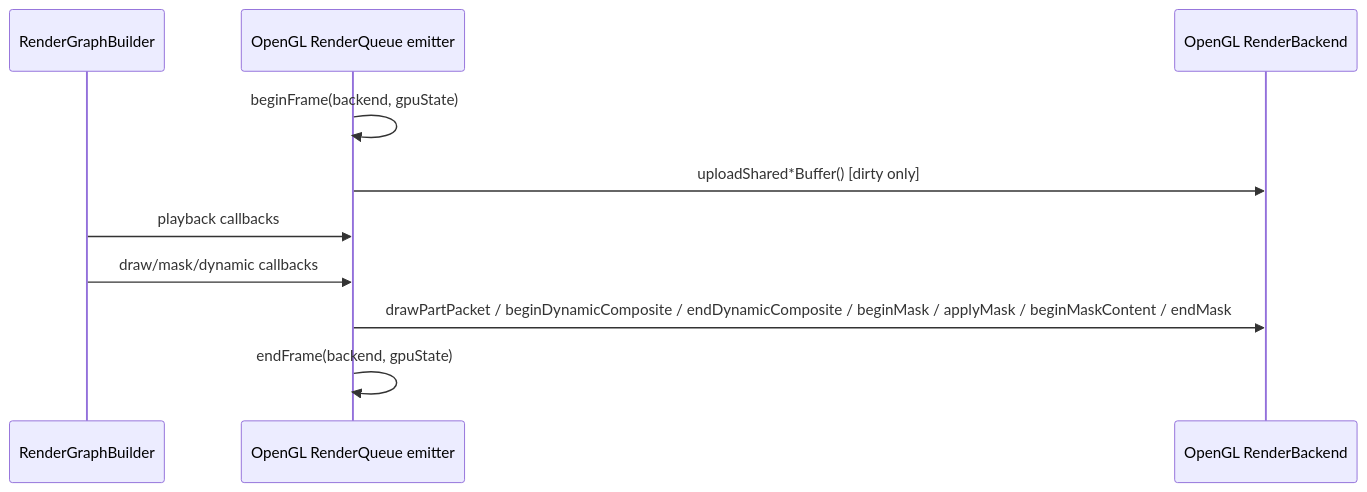
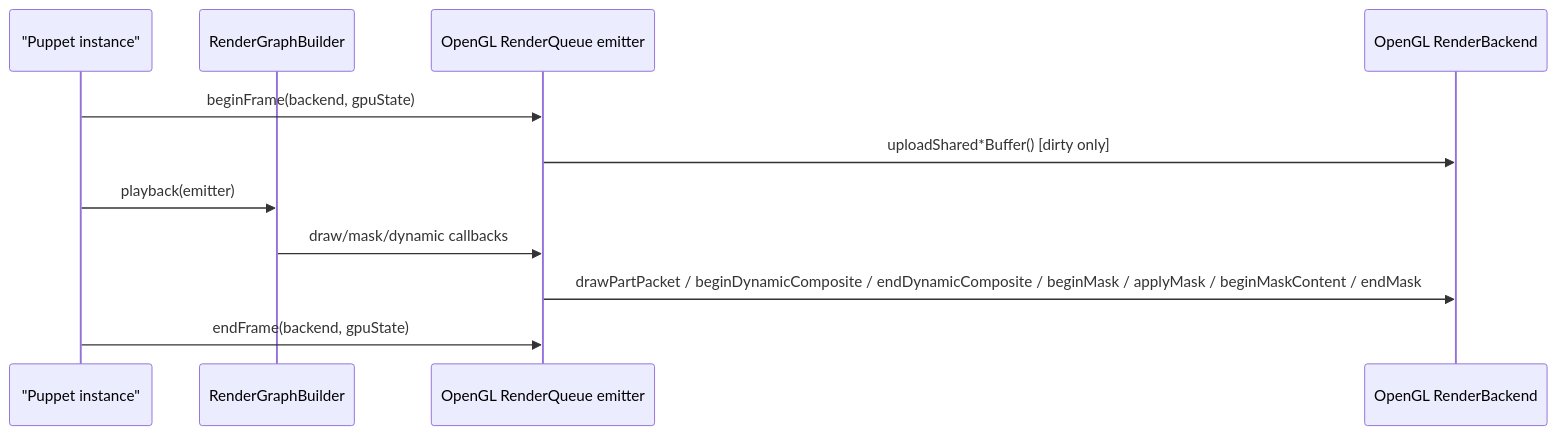
One commit to nijigenerate/nijilive changed the tenth of 20 diagrams in doc/rendering.md. Above: the diagram before and after it, drawn with Mermaid. The commit also changed other lines of this file, not shown here.

````diff
--- a/doc/rendering.md
+++ b/doc/rendering.md
@@ -532,12 +563,13 @@
 ```mermaid
 sequenceDiagram
+    participant Puppet as "Puppet instance"
     participant Graph as RenderGraphBuilder
     participant Emitter as OpenGL RenderQueue emitter
     participant Backend as OpenGL RenderBackend
-    Emitter->>Emitter: beginFrame(backend, gpuState)
+    Puppet->>Emitter: beginFrame(backend, gpuState)
     Emitter->>Backend: uploadShared*Buffer() [dirty only]
-    Graph->>Emitter: playback callbacks
+    Puppet->>Graph: playback(emitter)
     Graph->>Emitter: draw/mask/dynamic callbacks
     Emitter->>Backend: drawPartPacket / beginDynamicComposite / endDynamicComposite / beginMask / applyMask / beginMaskContent / endMask
-    Emitter->>Emitter: endFrame(backend, gpuState)
+    Puppet->>Emitter: endFrame(backend, gpuState)
 ```
````
